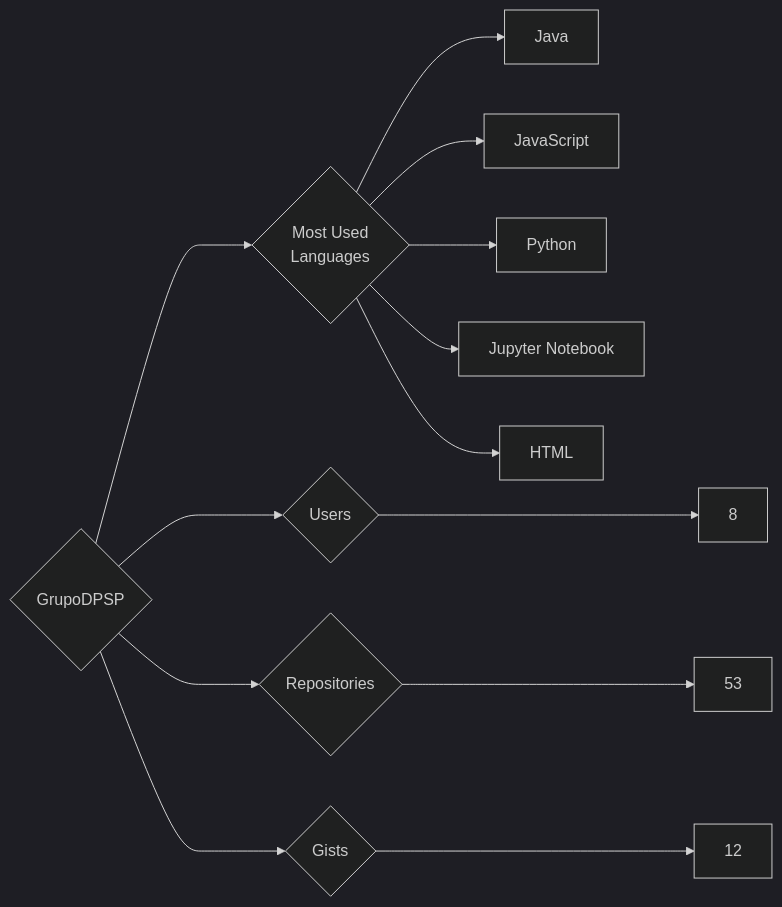
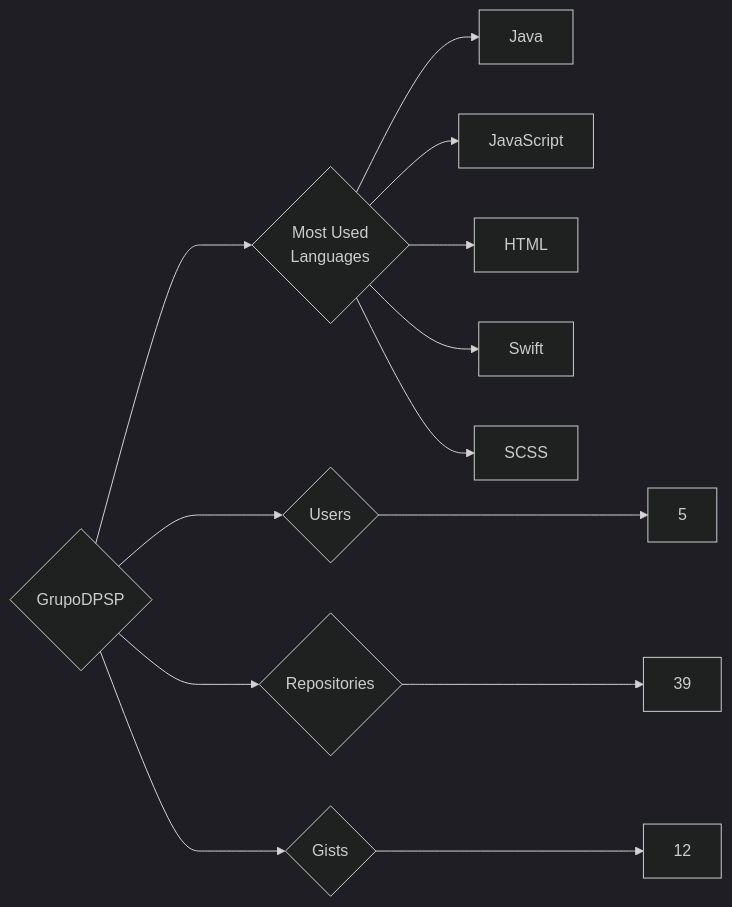
The diagram in targets/GrupoDPSP/README.md (trickest/insiders), drawn with Mermaid (dark theme) before and after one commit. The commit also changed 873 other files, not shown here.

````diff
--- a/targets/GrupoDPSP/README.md
+++ b/targets/GrupoDPSP/README.md
@@ -3,13 +3,13 @@
 ```mermaid
 graph LR
 COMPANY_NAME{GrupoDPSP}
-COMPANY_NAME ---> U{Users} ---> UN[8]
-COMPANY_NAME ---> R{Repositories} ---> RN[53]
+COMPANY_NAME ---> U{Users} ---> UN[5]
+COMPANY_NAME ---> R{Repositories} ---> RN[39]
 COMPANY_NAME ---> G{Gists} ---> GN[12]
 COMPANY_NAME ---> ML{Most Used<br>Languages}
 ML --> Java[Java]
 ML --> JavaScript[JavaScript]
-ML --> Python[Python]
-ML --> Jupyter_Notebook[Jupyter Notebook]
 ML --> HTML[HTML]
+ML --> Swift[Swift]
+ML --> SCSS[SCSS]
 ```
````
